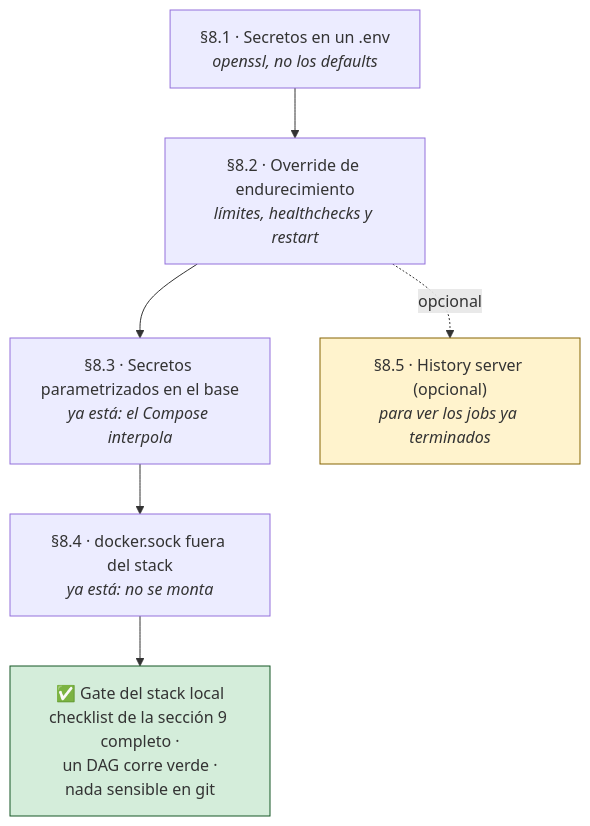
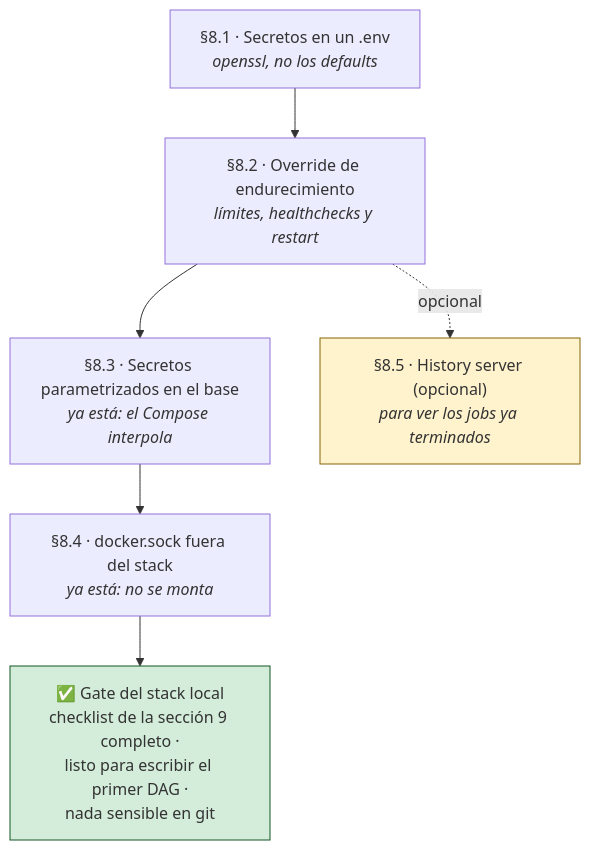
Before and after one commit to abantodca/pyspark_stack: the diagram in docs/01-stack-local.md, drawn with Mermaid. The commit also changed other lines of this file and 39 other files, not shown here.

````diff
--- a/docs/01-stack-local.md
+++ b/docs/01-stack-local.md
@@ -552,15 +1633,15 @@
 ```mermaid
 flowchart TD
     E1["§8.1 · Secretos en un .env<br/><i>openssl, no los defaults</i>"]
     E2["§8.2 · Override de endurecimiento<br/><i>límites, healthchecks y restart</i>"]
     E3["§8.3 · Secretos parametrizados en el base<br/><i>ya está: el Compose interpola</i>"]
     E4["§8.4 · docker.sock fuera del stack<br/><i>ya está: no se monta</i>"]
     E5["§8.5 · History server (opcional)<br/><i>para ver los jobs ya terminados</i>"]
-    GATE["✅ Gate del stack local<br/>checklist de la sección 9 completo ·<br/>un DAG corre verde ·<br/>nada sensible en git"]
+    GATE["✅ Gate del stack local<br/>checklist de la sección 9 completo ·<br/>listo para escribir el primer DAG ·<br/>nada sensible en git"]
 
     E1 --> E2 --> E3 --> E4 --> GATE
     E2 -.opcional.-> E5
 
     style GATE fill:#d4edda,stroke:#155724
     style E5 fill:#fff3cd,stroke:#856404
 ```
````
